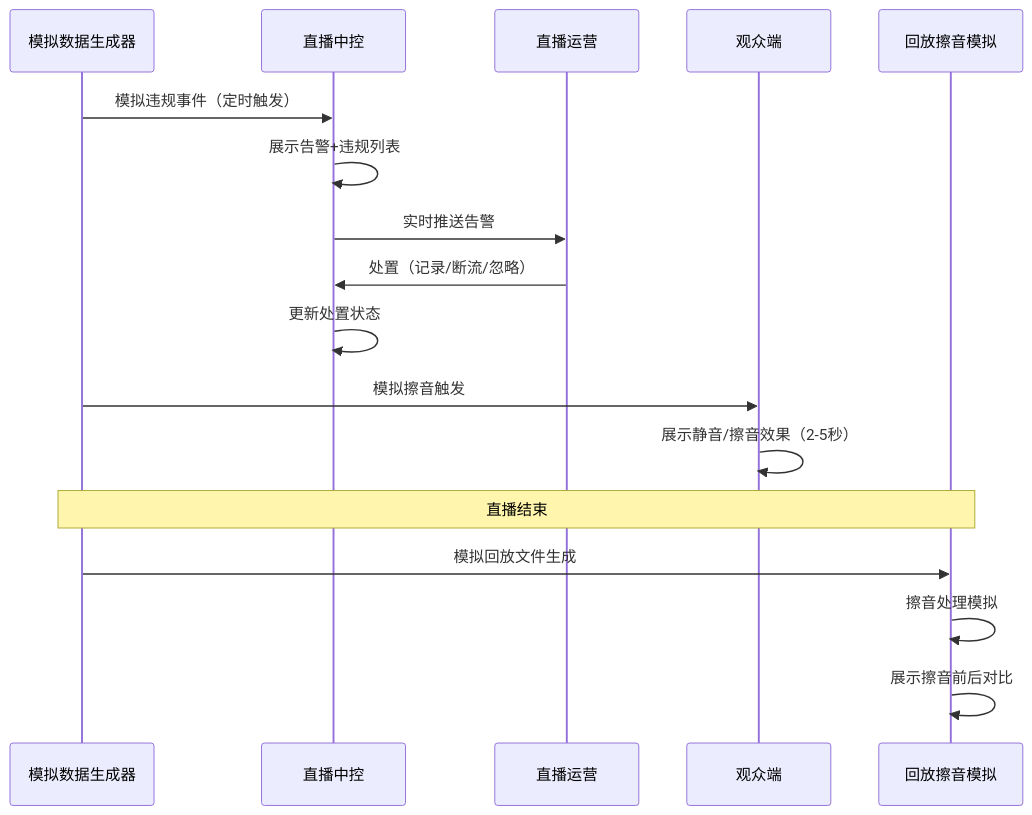
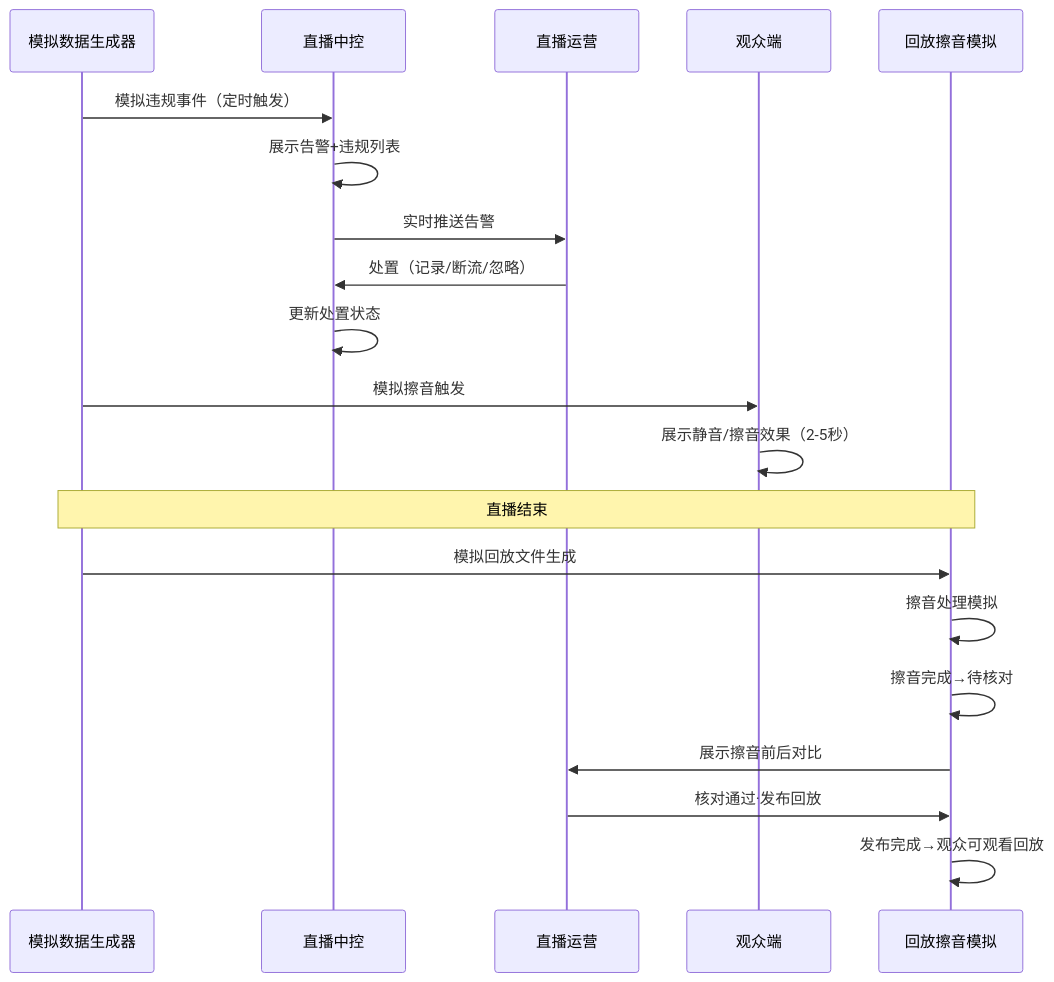
Before and after one commit to Stone1202/SAAS-APP: the fifth of 6 diagrams in projects/SAAS/docs/01-requirements/16-内容审查域-PRD-v1.0.0.md, drawn with Mermaid. The commit also changed other lines of this file and 196 other files, not shown here.

````diff
--- a/projects/SAAS/docs/01-requirements/16-内容审查域-PRD-v1.0.0.md
+++ b/projects/SAAS/docs/01-requirements/16-内容审查域-PRD-v1.0.0.md
@@ -270,22 +297,25 @@
 ```mermaid
 sequenceDiagram
     participant Mock as 模拟数据生成器
     participant Ctrl as 直播中控
     participant 运营 as 直播运营
     participant Viewer as 观众端
     participant Playback as 回放擦音模拟
     
     Mock->>Ctrl: 模拟违规事件（定时触发）
     Ctrl->>Ctrl: 展示告警+违规列表
     Ctrl->>运营: 实时推送告警
     运营->>Ctrl: 处置（记录/断流/忽略）
     Ctrl->>Ctrl: 更新处置状态
     
     Mock->>Viewer: 模拟擦音触发
     Viewer->>Viewer: 展示静音/擦音效果（2-5秒）
     
     Note over Mock,Playback: 直播结束
     Mock->>Playback: 模拟回放文件生成
     Playback->>Playback: 擦音处理模拟
-    Playback->>Playback: 展示擦音前后对比
+    Playback->>Playback: 擦音完成→待核对
+    Playback->>运营: 展示擦音前后对比
+    运营->>Playback: 核对通过·发布回放
+    Playback->>Playback: 发布完成→观众可观看回放
 ```
````
